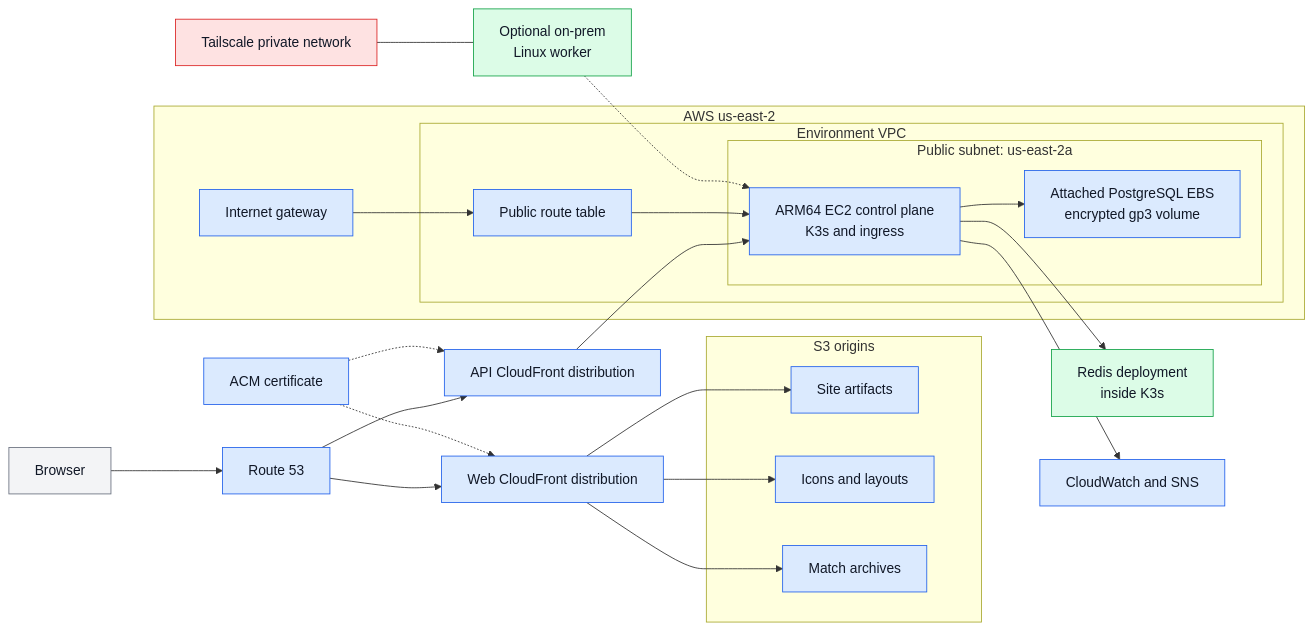
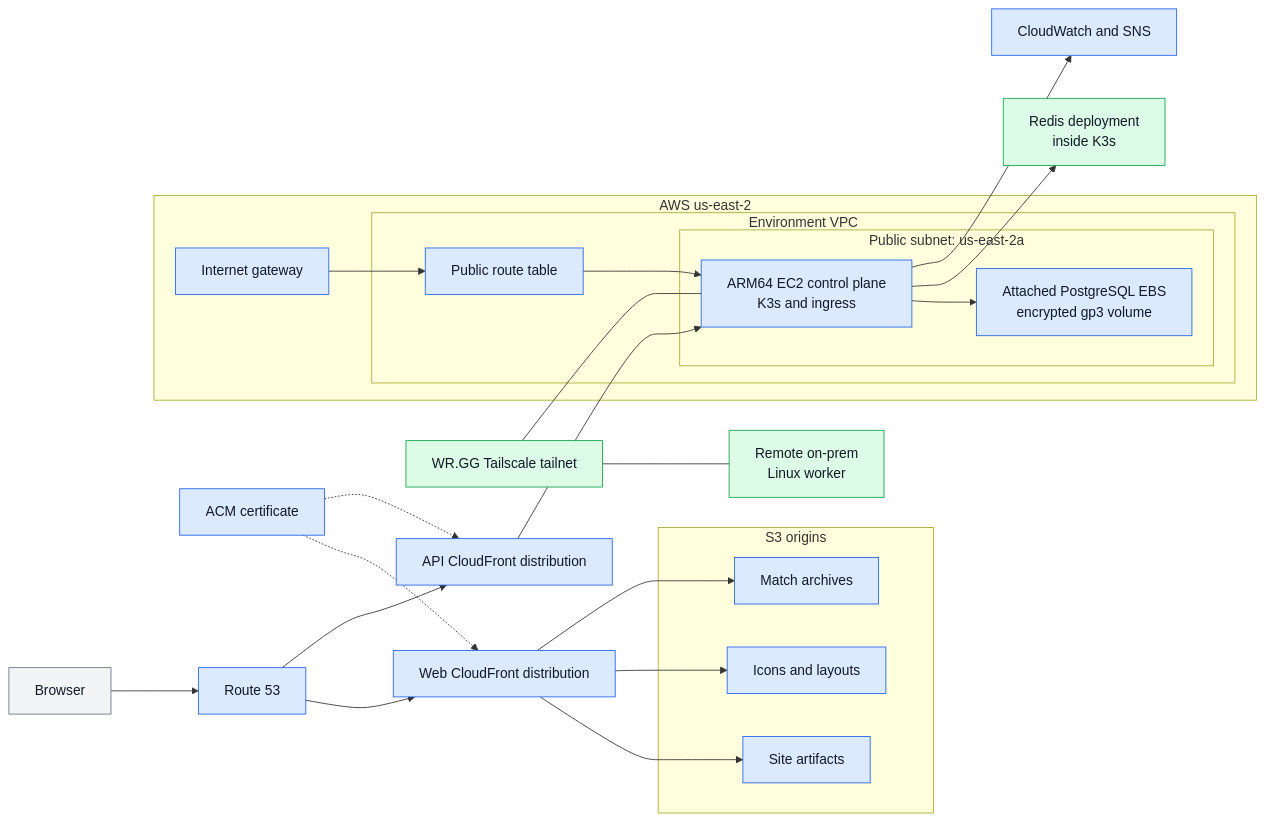
The second of 2 diagrams in docs/infrastructure-resources.md (winrates-gg/wrgg-public-documentation), drawn with Mermaid before and after one commit. The commit also changed other lines of this file and 1 other file, not shown here.

````diff
--- a/docs/infrastructure-resources.md
+++ b/docs/infrastructure-resources.md
@@ -122,57 +115,56 @@
 ```mermaid
 flowchart LR
     Browser["Browser"]
     DNS["Route 53"]
     WebCDN["Web CloudFront distribution"]
     APICDN["API CloudFront distribution"]
     ACM["ACM certificate"]
 
     subgraph Origins["S3 origins"]
         Site["Site artifacts"]
         Icons["Icons and layouts"]
         Archives["Match archives"]
     end
 
     subgraph Region["AWS us-east-2"]
         IGW["Internet gateway"]
         subgraph VPC["Environment VPC"]
             RouteTable["Public route table"]
             subgraph PublicSubnet["Public subnet: us-east-2a"]
                 ControlPlane["ARM64 EC2 control plane\nK3s and ingress"]
                 Database["Attached PostgreSQL EBS\nencrypted gp3 volume"]
             end
         end
     end
 
     Redis["Redis deployment\ninside K3s"]
-    RemoteHost["Optional on-prem\nLinux worker"]
-    Tailscale["Tailscale private network"]
+    RemoteHost["Remote on-prem\nLinux worker"]
+    Tailscale["WR.GG Tailscale tailnet"]
     Operations["CloudWatch and SNS"]
 
     Browser --> DNS
     DNS --> WebCDN
     DNS --> APICDN
     ACM -.-> WebCDN
     ACM -.-> APICDN
     WebCDN --> Site
     WebCDN --> Icons
     WebCDN --> Archives
     APICDN --> ControlPlane
     IGW --> RouteTable
     RouteTable --> ControlPlane
     ControlPlane --> Database
     ControlPlane --> Redis
+    Tailscale --- ControlPlane
     Tailscale --- RemoteHost
-    RemoteHost -.-> ControlPlane
     ControlPlane --> Operations
 
     classDef neutral fill:#f3f4f6,stroke:#6b7280,color:#111827
     classDef aws fill:#dbeafe,stroke:#2563eb,color:#111827
     classDef runtime fill:#dcfce7,stroke:#16a34a,color:#111827
     classDef external fill:#fee2e2,stroke:#dc2626,color:#111827
 
     class Browser neutral
     class DNS,WebCDN,APICDN,ACM,Site,Icons,Archives,IGW,RouteTable,ControlPlane,Database,Operations aws
-    class Redis,RemoteHost runtime
-    class Tailscale external
+    class Redis,RemoteHost,Tailscale runtime
 ```
````
